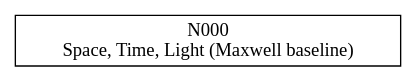
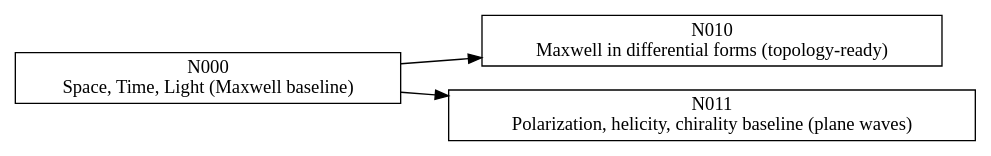
The diagram in TREE.dot (WeBeGood/Atom2.1-ToE), drawn with Graphviz before and after one commit. The commit also changed 3 other files, not shown here.

```diff
--- a/TREE.dot
+++ b/TREE.dot
@@ -1,5 +1,9 @@
 digraph Atom21Nodes {
   rankdir=LR;
   node [shape=box];
   "N000" [label="N000\nSpace, Time, Light (Maxwell baseline)"]; 
+  "N010" [label="N010\nMaxwell in differential forms (topology-ready)"]; 
+  "N011" [label="N011\nPolarization, helicity, chirality baseline (plane waves)"]; 
+  "N000" -> "N010";
+  "N000" -> "N011";
 }
```
